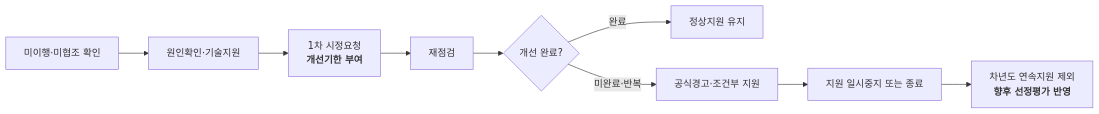
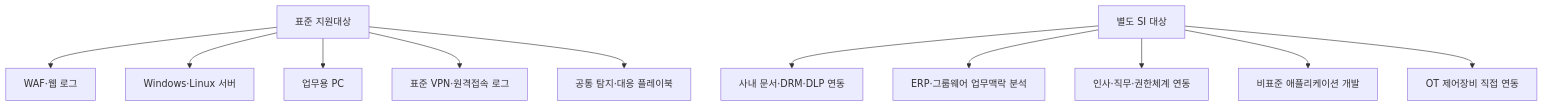
Before and after one commit to qubitsec/plura: the fourth of 8 diagrams in ko/proposal/ulsan/ulsan-full-3months.md, drawn with Mermaid. The commit also changed other lines of this file, not shown here.

````diff
--- a/ko/proposal/ulsan/ulsan-full-3months.md
+++ b/ko/proposal/ulsan/ulsan-full-3months.md
@@ -427,16 +406,16 @@
 ```mermaid
-flowchart LR
-    A["미이행·미협조 확인"]
-    B["원인확인·기술지원"]
-    C["1차 시정요청<br/><b>개선기한 부여</b>"]
-    D["재점검"]
-    E{"개선 완료?"}
-    F["정상지원 유지"]
-    G["공식경고·조건부 지원"]
-    H["지원 일시중지 또는 종료"]
-    I["차년도 연속지원 제외<br/><b>향후 선정평가 반영</b>"]
+flowchart TB
+    A["표준 지원대상"]
+    A --> B["WAF·웹 로그"]
+    A --> C["Windows·Linux 서버"]
+    A --> D["업무용 PC"]
+    A --> E["표준 VPN·원격접속 로그"]
+    A --> F["공통 탐지·대응 플레이북"]
 
-    A --> B --> C --> D --> E
-    E -- "완료" --> F
-    E -- "미완료·반복" --> G --> H --> I
+    G["별도 SI 대상"]
+    G --> H["사내 문서·DRM·DLP 연동"]
+    G --> I["ERP·그룹웨어 업무맥락 분석"]
+    G --> J["인사·직무·권한체계 연동"]
+    G --> K["비표준 애플리케이션 개발"]
+    G --> L["OT 제어장비 직접 연동"]
 ```
````
